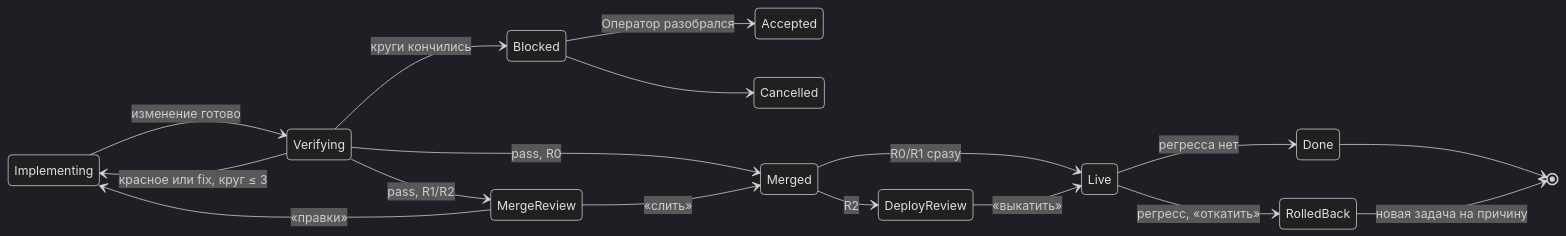
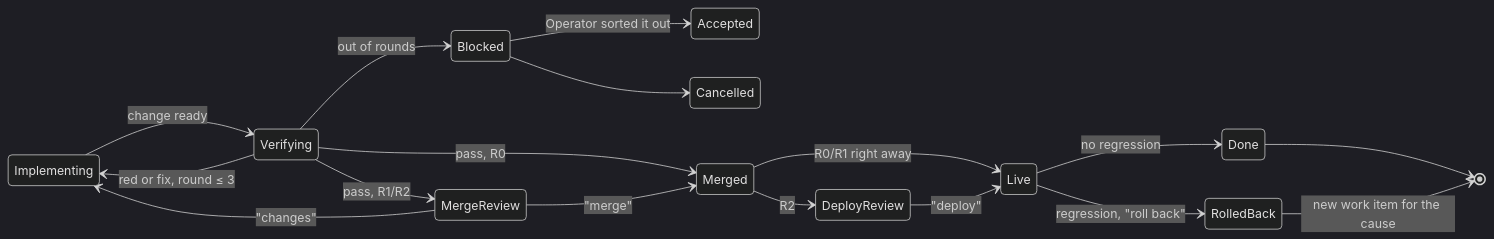
One commit to redikultsev/agentic-sdlc-atlas changed the second of 2 diagrams in deck/slides.md. Above: the diagram before and after it, drawn with Mermaid (dark theme). The commit also changed other lines of this file and 31 other files, not shown here.

````diff
--- a/deck/slides.md
+++ b/deck/slides.md
@@ -531,20 +531,20 @@
 ```mermaid {scale: 0.42}
 stateDiagram-v2
   direction LR
-  Implementing --> Verifying: изменение готово
-  Verifying --> Implementing: красное или fix, круг ≤ 3
-  Verifying --> Blocked: круги кончились
+  Implementing --> Verifying: change ready
+  Verifying --> Implementing: red or fix, round ≤ 3
+  Verifying --> Blocked: out of rounds
   Verifying --> Merged: pass, R0
   Verifying --> MergeReview: pass, R1/R2
-  MergeReview --> Implementing: «правки»
-  MergeReview --> Merged: «слить»
-  Merged --> Live: R0/R1 сразу
+  MergeReview --> Implementing: "changes"
+  MergeReview --> Merged: "merge"
+  Merged --> Live: R0/R1 right away
   Merged --> DeployReview: R2
-  DeployReview --> Live: «выкатить»
-  Live --> Done: регресса нет
-  Live --> RolledBack: регресс, «откатить»
-  Blocked --> Accepted: Оператор разобрался
+  DeployReview --> Live: "deploy"
+  Live --> Done: no regression
+  Live --> RolledBack: regression, "roll back"
+  Blocked --> Accepted: Operator sorted it out
   Blocked --> Cancelled
   Done --> [*]
-  RolledBack --> [*]: новая задача на причину
+  RolledBack --> [*]: new work item for the cause
 ```
````
